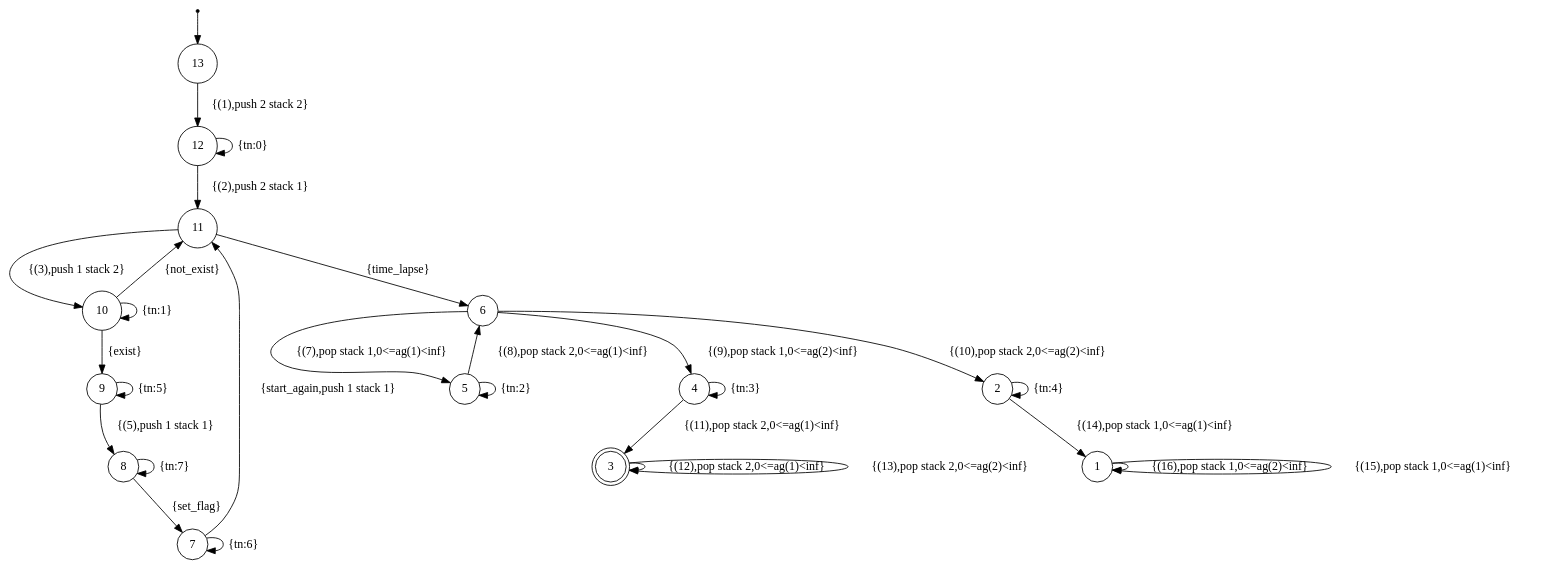
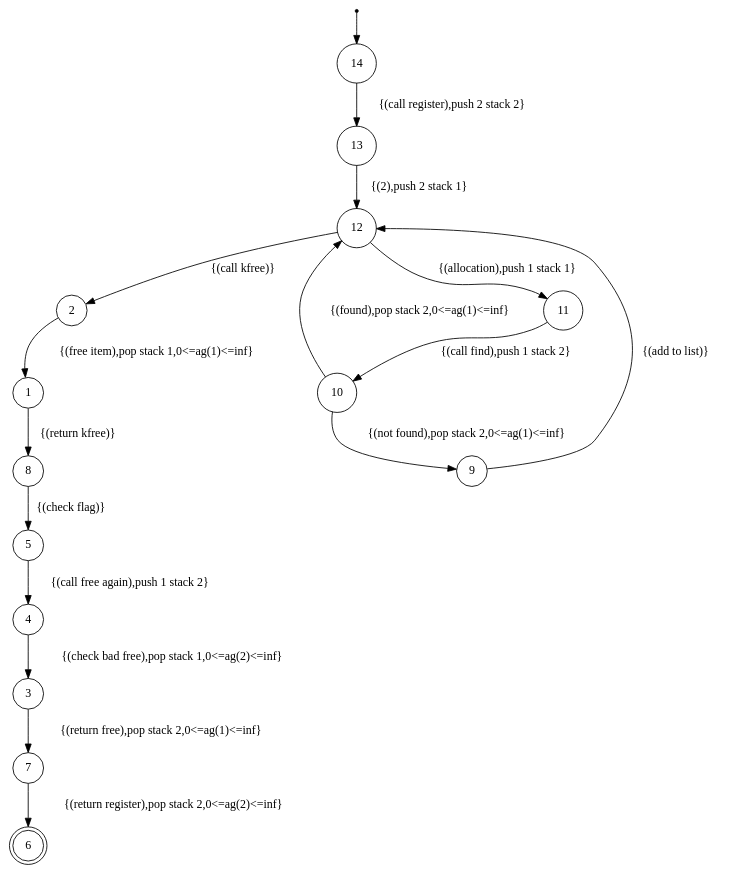
Before and after one commit to Sparsa/bhim: the diagram in Benchmarks in Paper/unTimed/dm_target/dm_target.xml.dot, drawn with Graphviz. The commit also changed 18 other files, not shown here.

```diff
--- a/Benchmarks in Paper/unTimed/dm_target/dm_target.xml.dot
+++ b/Benchmarks in Paper/unTimed/dm_target/dm_target.xml.dot
@@ -1,33 +1,21 @@
 digraph finite_state_machine {
 	node [shape = point ]; qi0;
-	node [shape = doublecircle];3;
+	node [shape = doublecircle];6;
 	node [shape=circle];
-	qi0 -> 13;
-	12 -> 12 [ label = "{tn:0}" ];
-	10 -> 10 [ label = "{tn:1}" ];
-	5 -> 5 [ label = "{tn:2}" ];
-	4 -> 4 [ label = "{tn:3}" ];
-	2 -> 2 [ label = "{tn:4}" ];
-	9 -> 9 [ label = "{tn:5}" ];
-	7 -> 7 [ label = "{tn:6}" ];
-	8 -> 8 [ label = "{tn:7}" ];
-	7 -> 11 [ label = "{start_again,push 1 stack 1}" ];
-	11 -> 6 [ label = "{time_lapse}" ];
-	6 -> 2 [ label = "{(10),pop stack 2,0<=ag(2)<inf}" ];
-	5 -> 6 [ label = "{(8),pop stack 2,0<=ag(1)<inf}" ];
-	10 -> 11 [ label = "{not_exist}" ];
-	3 -> 3 [ label = "{(12),pop stack 2,0<=ag(1)<inf}" ];
-	3 -> 3 [ label = "{(13),pop stack 2,0<=ag(2)<inf}" ];
-	1 -> 1 [ label = "{(16),pop stack 1,0<=ag(2)<inf}" ];
-	1 -> 1 [ label = "{(15),pop stack 1,0<=ag(1)<inf}" ];
-	6 -> 5 [ label = "{(7),pop stack 1,0<=ag(1)<inf}" ];
-	2 -> 1 [ label = "{(14),pop stack 1,0<=ag(1)<inf}" ];
-	4 -> 3 [ label = "{(11),pop stack 2,0<=ag(1)<inf}" ];
-	6 -> 4 [ label = "{(9),pop stack 1,0<=ag(2)<inf}" ];
-	8 -> 7 [ label = "{set_flag}" ];
-	9 -> 8 [ label = "{(5),push 1 stack 1}" ];
-	10 -> 9 [ label = "{exist}" ];
-	11 -> 10 [ label = "{(3),push 1 stack 2}" ];
-	12 -> 11 [ label = "{(2),push 2 stack 1}" ];
-	13 -> 12 [ label = "{(1),push 2 stack 2}" ];
+	qi0 -> 14;
+	1 -> 8 [ label = "{(return kfree)}" ];
+	2 -> 1 [ label = "{(free item),pop stack 1,0<=ag(1)<=inf}" ];
+	12 -> 2 [ label = "{(call kfree)}" ];
+	9 -> 12 [ label = "{(add to list)}" ];
+	3 -> 7 [ label = "{(return free),pop stack 2,0<=ag(1)<=inf}" ];
+	4 -> 3 [ label = "{(check bad free),pop stack 1,0<=ag(2)<=inf}" ];
+	5 -> 4 [ label = "{(call free again),push 1 stack 2}" ];
+	8 -> 5 [ label = "{(check flag)}" ];
+	10 -> 12 [ label = "{(found),pop stack 2,0<=ag(1)<=inf}" ];
+	7 -> 6 [ label = "{(return register),pop stack 2,0<=ag(2)<=inf}" ];
+	10 -> 9 [ label = "{(not found),pop stack 2,0<=ag(1)<=inf}" ];
+	11 -> 10 [ label = "{(call find),push 1 stack 2}" ];
+	12 -> 11 [ label = "{(allocation),push 1 stack 1}" ];
+	13 -> 12 [ label = "{(2),push 2 stack 1}" ];
+	14 -> 13 [ label = "{(call register),push 2 stack 2}" ];
 }
```
